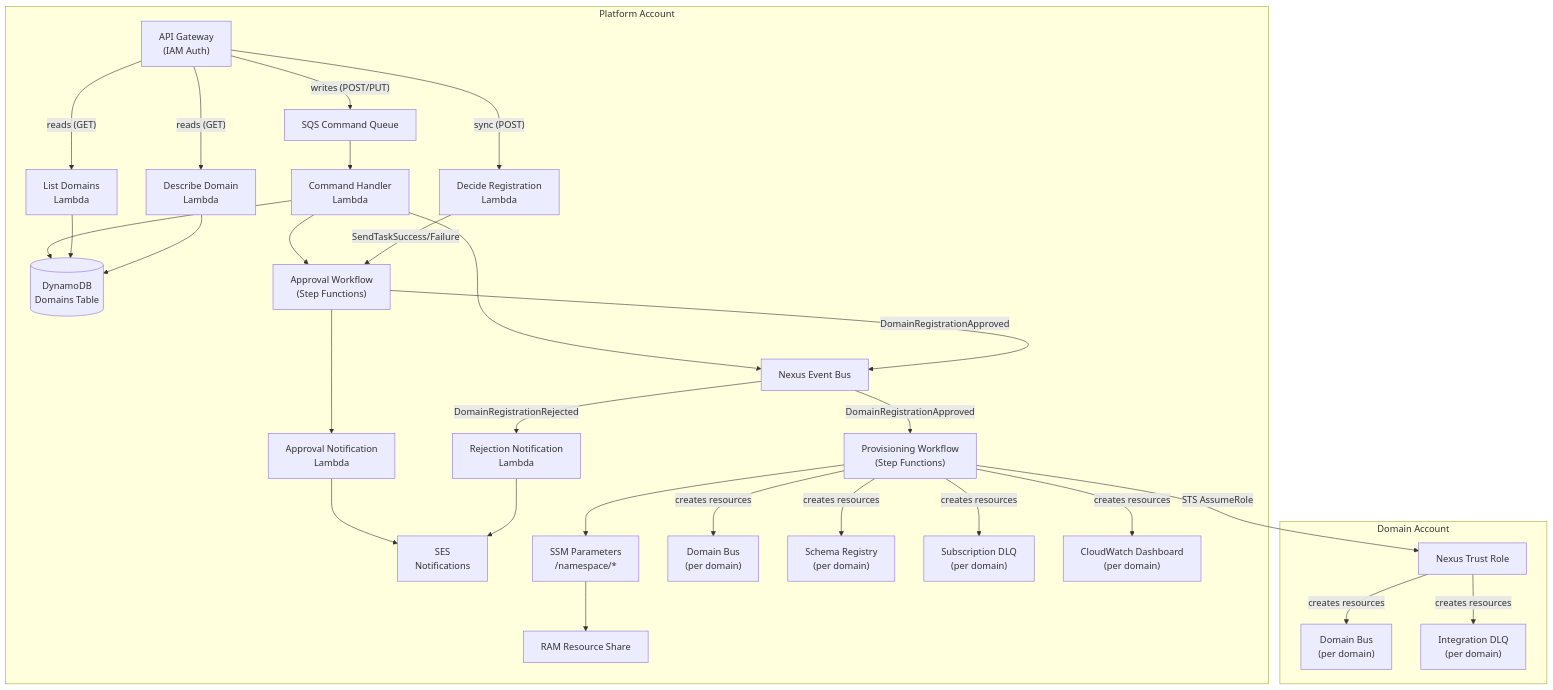
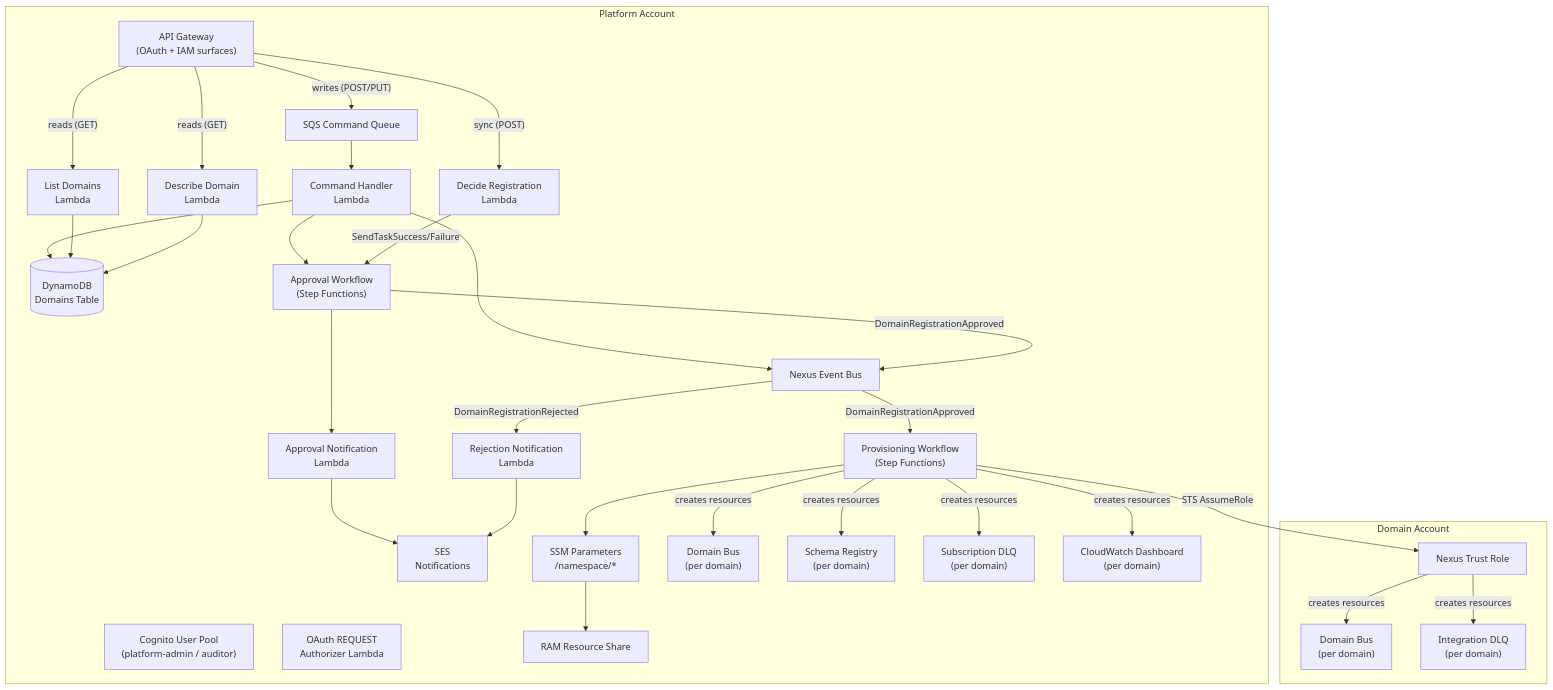
The first of 9 diagrams in docs/development/architecture.md (liedig/konductor4evb), drawn with Mermaid before and after one commit. The commit also changed other lines of this file and 8 other files, not shown here.

Commit message:
docs(auth): update architecture and decisions with OAuth/IAM identity layer, add consumer denial logging

````diff
--- a/docs/development/architecture.md
+++ b/docs/development/architecture.md
@@ -20,57 +20,59 @@
 ```mermaid
 graph TB
     subgraph platform["Platform Account"]
-        api["API Gateway<br/>(IAM Auth)"]
+        api["API Gateway<br/>(OAuth + IAM surfaces)"]
+        cognito["Cognito User Pool<br/>(platform-admin / auditor)"]
+        authorizer["OAuth REQUEST<br/>Authorizer Lambda"]
         sqs["SQS Command Queue"]
         handler["Command Handler<br/>Lambda"]
         listfn["List Domains<br/>Lambda"]
         describefn["Describe Domain<br/>Lambda"]
         decidefn["Decide Registration<br/>Lambda"]
         notifyfn["Approval Notification<br/>Lambda"]
         rejectfn["Rejection Notification<br/>Lambda"]
         ddb[("DynamoDB<br/>Domains Table")]
         nexusbus["Nexus Event Bus"]
         approval["Approval Workflow<br/>(Step Functions)"]
         provisioning["Provisioning Workflow<br/>(Step Functions)"]
         ses["SES<br/>Notifications"]
         ssm["SSM Parameters<br/>/namespace/*"]
         ram["RAM Resource Share"]
         domainbus["Domain Bus<br/>(per domain)"]
         registry["Schema Registry<br/>(per domain)"]
         subdlq["Subscription DLQ<br/>(per domain)"]
         dashboard["CloudWatch Dashboard<br/>(per domain)"]
     end
 
     subgraph app["Domain Account"]
         trustrole["Nexus Trust Role"]
         appbus["Domain Bus<br/>(per domain)"]
         intdlq["Integration DLQ<br/>(per domain)"]
     end
 
     api -->|"writes (POST/PUT)"| sqs
     api -->|"reads (GET)"| listfn
     api -->|"reads (GET)"| describefn
     api -->|"sync (POST)"| decidefn
     sqs --> handler
     handler --> ddb
     handler --> nexusbus
     handler --> approval
     decidefn -->|"SendTaskSuccess/Failure"| approval
     approval -->|"DomainRegistrationApproved"| nexusbus
     approval --> notifyfn
     nexusbus -->|"DomainRegistrationRejected"| rejectfn
     nexusbus -->|"DomainRegistrationApproved"| provisioning
     notifyfn --> ses
     rejectfn --> ses
     provisioning -->|"creates resources"| domainbus
     provisioning -->|"creates resources"| registry
     provisioning -->|"creates resources"| subdlq
     provisioning -->|"creates resources"| dashboard
     provisioning -->|"STS AssumeRole"| trustrole
     trustrole -->|"creates resources"| appbus
     trustrole -->|"creates resources"| intdlq
     provisioning --> ssm
     ssm --> ram
     listfn --> ddb
     describefn --> ddb
 ```
````
